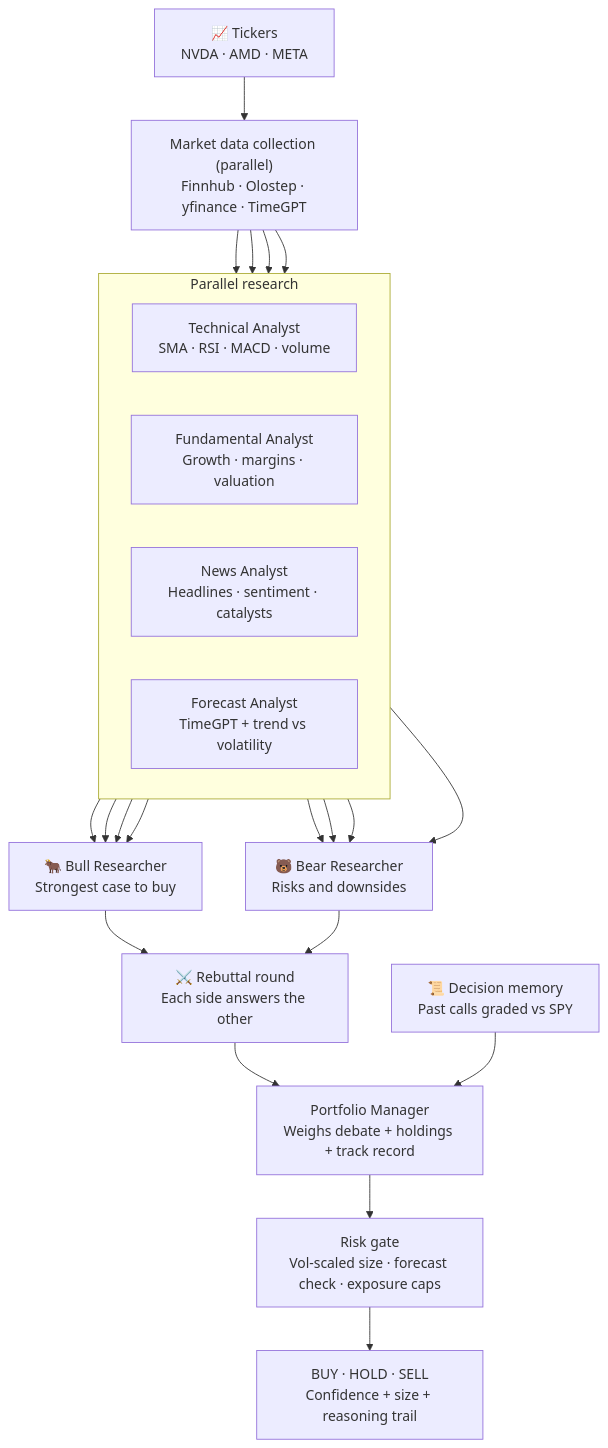
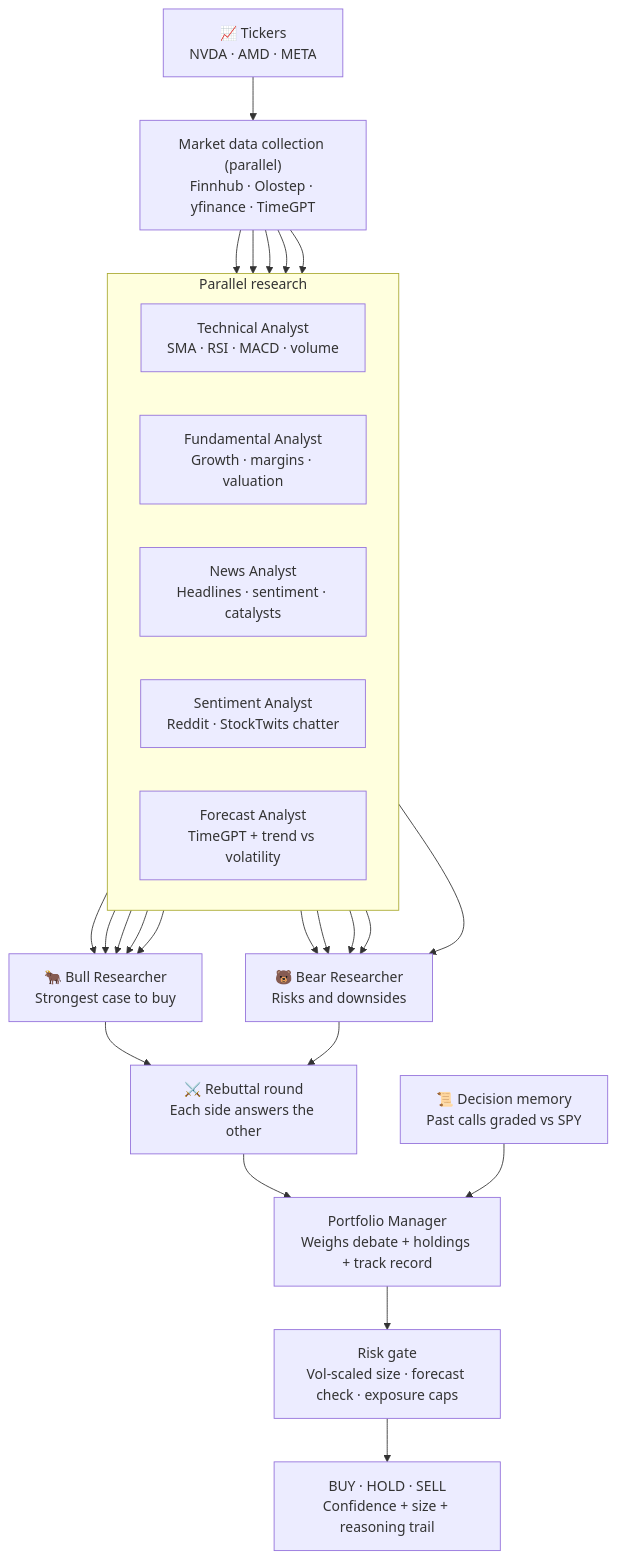
One commit to kingabzpro/BetterTradingAgents changed the diagram in README.md. Above: the diagram before and after it, drawn with Mermaid. The commit also changed other lines of this file and 14 other files, not shown here.

First line of the commit message:
Add sentiment/social analyst as 5th researcher (ROADMAP 3.1)

````diff
--- a/README.md
+++ b/README.md
@@ -53,34 +54,38 @@
 ```mermaid
 flowchart TD
     T["📈 Tickers<br/>NVDA · AMD · META"] --> D["Market data collection (parallel)<br/>Finnhub · Olostep · yfinance · TimeGPT"]
 
     subgraph Research[Parallel research]
         direction LR
         TA["Technical Analyst<br/>SMA · RSI · MACD · volume"]
         FA["Fundamental Analyst<br/>Growth · margins · valuation"]
         NA["News Analyst<br/>Headlines · sentiment · catalysts"]
+        SA["Sentiment Analyst<br/>Reddit · StockTwits chatter"]
         FC["Forecast Analyst<br/>TimeGPT + trend vs volatility"]
     end
 
     D --> TA
     D --> FA
     D --> NA
+    D --> SA
     D --> FC
 
     TA --> BULL["🐂 Bull Researcher<br/>Strongest case to buy"]
     FA --> BULL
     NA --> BULL
+    SA --> BULL
     FC --> BULL
     TA --> BEAR["🐻 Bear Researcher<br/>Risks and downsides"]
     FA --> BEAR
     NA --> BEAR
+    SA --> BEAR
     FC --> BEAR
 
     BULL --> RB["⚔️ Rebuttal round<br/>Each side answers the other"]
     BEAR --> RB
 
     RB --> PM["Portfolio Manager<br/>Weighs debate + holdings + track record"]
     MEM["📜 Decision memory<br/>Past calls graded vs SPY"] --> PM
     PM --> RISK["Risk gate<br/>Vol-scaled size · forecast check · exposure caps"]
     RISK --> RESULT["BUY · HOLD · SELL<br/>Confidence + size + reasoning trail"]
 ```
````
